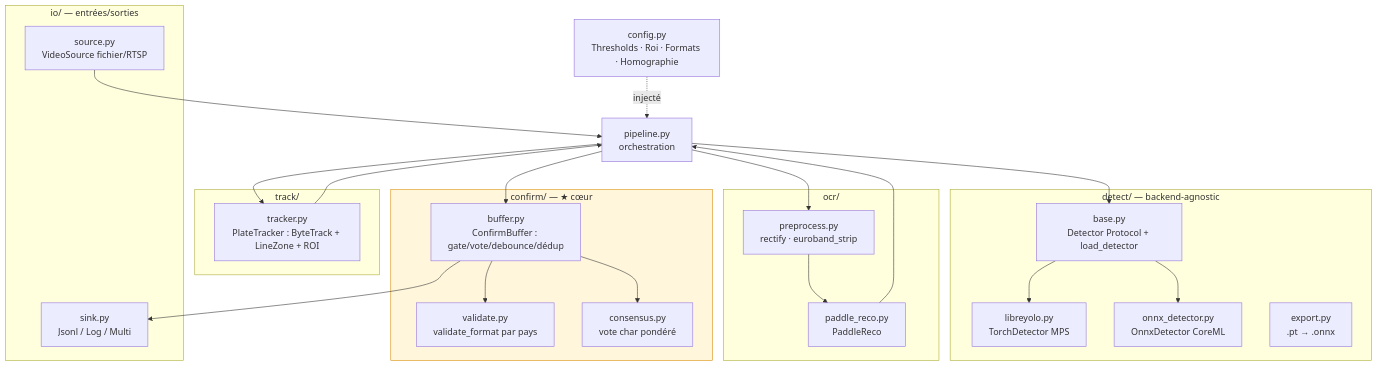
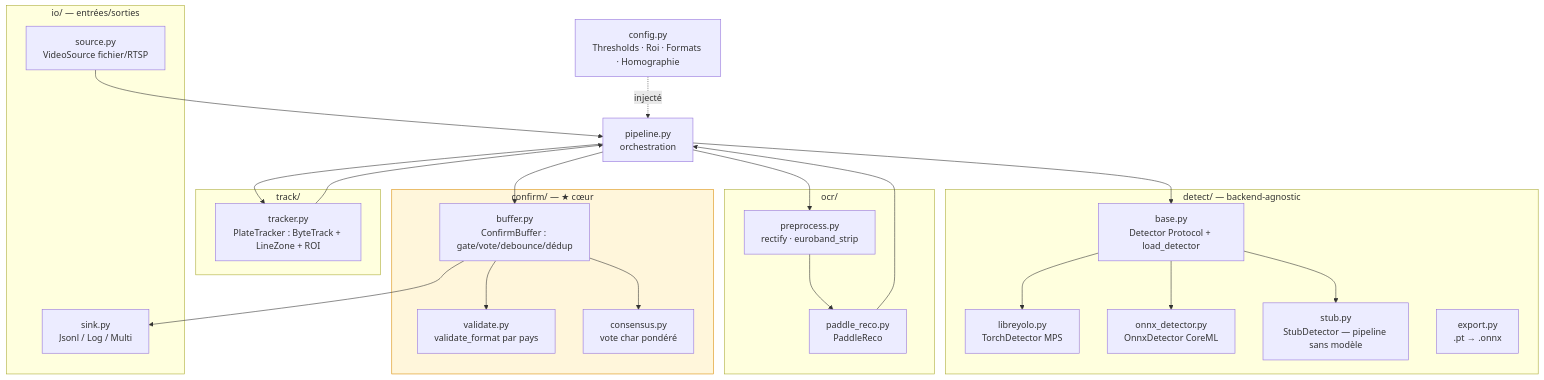
One commit to JordanLacroix/plate-recognition changed the second of 3 diagrams in docs/ARCHITECTURE.md. Above: the diagram before and after it, drawn with Mermaid. The commit also changed other lines of this file and 21 other files, not shown here.

````diff
--- a/docs/ARCHITECTURE.md
+++ b/docs/ARCHITECTURE.md
@@ -75,38 +75,39 @@
 ```mermaid
 flowchart TB
     subgraph io["io/ — entrées/sorties"]
         SRC[source.py<br/>VideoSource fichier/RTSP]
         SNK[sink.py<br/>Jsonl / Log / Multi]
     end
     subgraph detect["detect/ — backend-agnostic"]
         BASE[base.py<br/>Detector Protocol + load_detector]
         TORCH[libreyolo.py<br/>TorchDetector MPS]
         ONNX[onnx_detector.py<br/>OnnxDetector CoreML]
+        STUB[stub.py<br/>StubDetector — pipeline sans modèle]
         EXP[export.py<br/>.pt → .onnx]
     end
     subgraph track["track/"]
         TRK[tracker.py<br/>PlateTracker : ByteTrack + LineZone + ROI]
     end
     subgraph ocr["ocr/"]
         PRE[preprocess.py<br/>rectify · euroband_strip]
         PAD[paddle_reco.py<br/>PaddleReco]
     end
     subgraph confirm["confirm/ — ★ cœur"]
         VAL[validate.py<br/>validate_format par pays]
         VOTE[consensus.py<br/>vote char pondéré]
         BUF[buffer.py<br/>ConfirmBuffer : gate/vote/debounce/dédup]
     end
     CFG[config.py<br/>Thresholds · Roi · Formats · Homographie]
     PIPE[pipeline.py<br/>orchestration]
 
     SRC --> PIPE --> BASE
     PIPE --> TRK --> PIPE
     PIPE --> PRE --> PAD --> PIPE
     PIPE --> BUF
     BUF --> VAL & VOTE
     BUF --> SNK
     CFG -.injecté.-> PIPE
-    BASE --> TORCH & ONNX
+    BASE --> TORCH & ONNX & STUB
 
     style confirm fill:#fff6db,stroke:#d98b00
 ```
````
